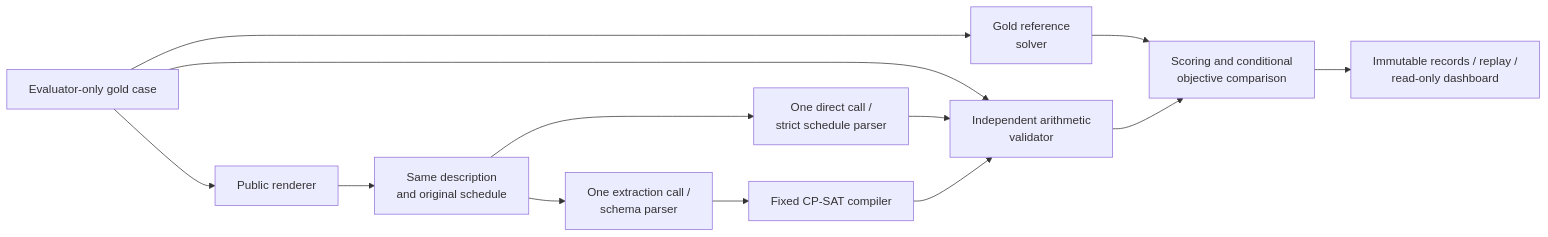
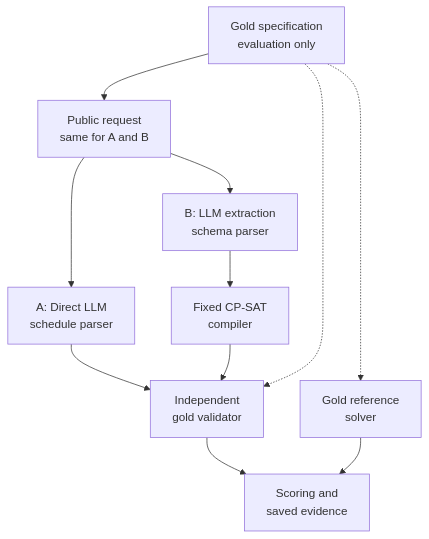
One commit to JellyPenguinnn/cs3263_group23 changed the diagram in docs/submission-report.md. Above: the diagram before and after it, drawn with Mermaid. The commit also changed other lines of this file and 36 other files, not shown here.

````diff
--- a/docs/submission-report.md
+++ b/docs/submission-report.md
@@ -63,15 +55,13 @@
 ```mermaid
-flowchart LR
-  G[Evaluator-only gold case] --> R[Public renderer]
-  R --> V[Same description<br/>and original schedule]
-  V --> A[One direct call /<br/>strict schedule parser]
-  V --> B[One extraction call /<br/>schema parser]
-  B --> S[Fixed CP-SAT compiler]
-  G --> O[Gold reference<br/>solver]
-  G --> I[Independent arithmetic<br/>validator]
-  A --> I
+flowchart TD
+  G[Gold specification<br/>evaluation only] --> V[Public request<br/>same for A and B]
+  V --> A[A: Direct LLM<br/>schedule parser]
+  V --> B[B: LLM extraction<br/>schema parser]
+  B --> S[Fixed CP-SAT<br/>compiler]
+  A --> I[Independent<br/>gold validator]
   S --> I
-  O --> E[Scoring and conditional<br/>objective comparison]
-  I --> E
-  E --> D[Immutable records / replay /<br/>read-only dashboard]
+  G -.-> I
+  G -.-> O[Gold reference<br/>solver]
+  I --> E[Scoring and<br/>saved evidence]
+  O --> E
 ```
````
